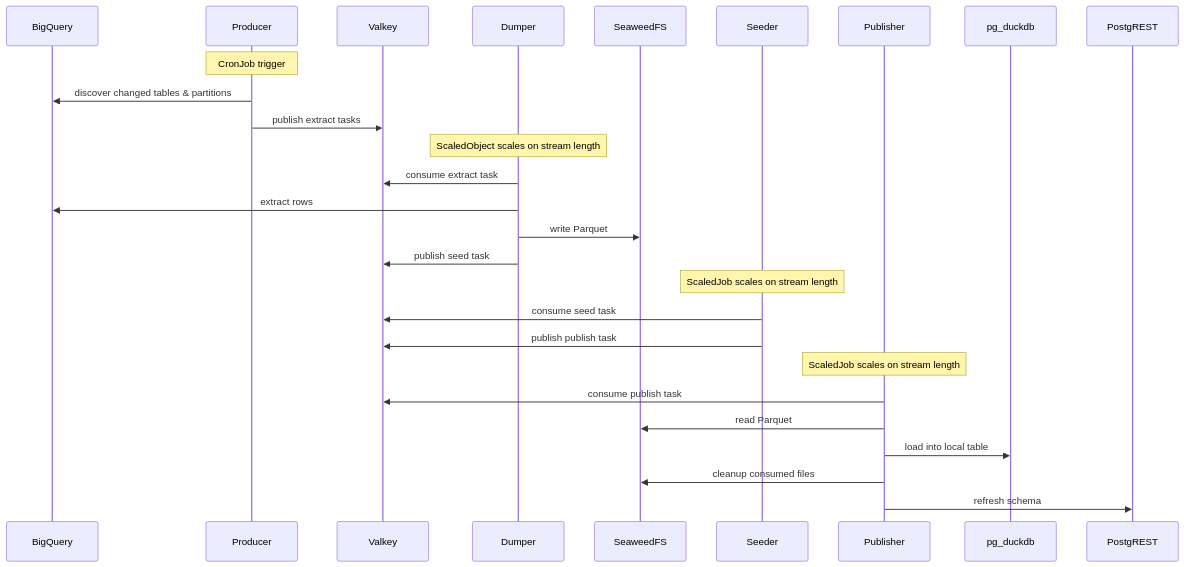
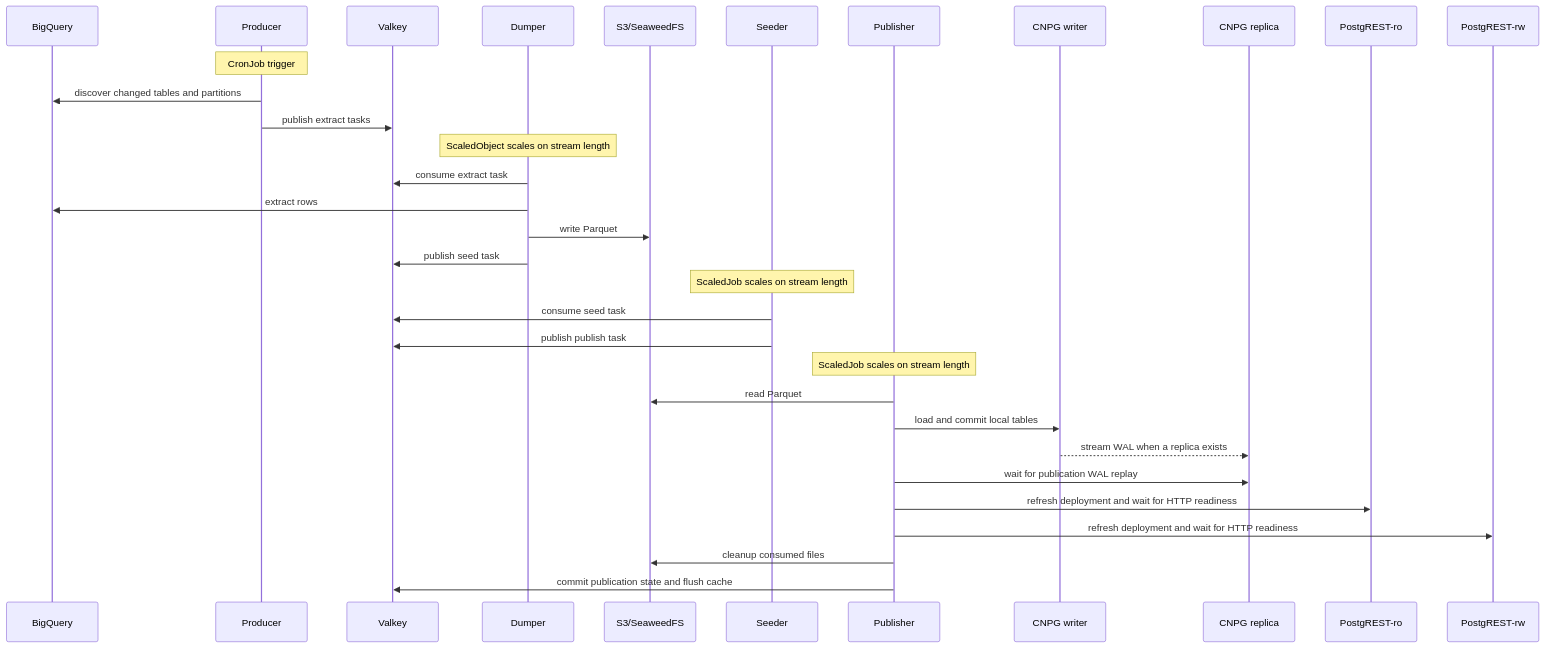
The first of 4 diagrams in docs/architecture.md (prefeitura-rio/data-proxy), drawn with Mermaid before and after one commit. The commit also changed other lines of this file and 10 other files, not shown here.

Commit message:
docs: update architecture and operations documentation

````diff
--- a/docs/architecture.md
+++ b/docs/architecture.md
@@ -32,33 +34,35 @@
 ```mermaid
 sequenceDiagram
     participant BQ as BigQuery
     participant P as Producer
     participant R as Valkey
     participant W as Dumper
-    participant S3 as SeaweedFS
+    participant S3 as S3/SeaweedFS
     participant S as Seeder
-    participant FIN as Publisher
-    participant DB as pg_duckdb
-    participant PGRST as PostgREST
+    participant PUB as Publisher
+    participant CW as CNPG writer
+    participant CR as CNPG replica
+    participant RO as PostgREST-ro
+    participant RW as PostgREST-rw
 
     Note over P: CronJob trigger
-    P->>BQ: discover changed tables & partitions
+    P->>BQ: discover changed tables and partitions
     P->>R: publish extract tasks
-
     Note over W: ScaledObject scales on stream length
     W->>R: consume extract task
     W->>BQ: extract rows
     W->>S3: write Parquet
     W->>R: publish seed task
-
     Note over S: ScaledJob scales on stream length
     S->>R: consume seed task
     S->>R: publish publish task
-
-    Note over FIN: ScaledJob scales on stream length
-    FIN->>R: consume publish task
-    FIN->>S3: read Parquet
-    FIN->>DB: load into local table
-    FIN->>S3: cleanup consumed files
-    FIN->>PGRST: refresh schema
+    Note over PUB: ScaledJob scales on stream length
+    PUB->>S3: read Parquet
+    PUB->>CW: load and commit local tables
+    CW-->>CR: stream WAL when a replica exists
+    PUB->>CR: wait for publication WAL replay
+    PUB->>RO: refresh deployment and wait for HTTP readiness
+    PUB->>RW: refresh deployment and wait for HTTP readiness
+    PUB->>S3: cleanup consumed files
+    PUB->>R: commit publication state and flush cache
 ```
````
